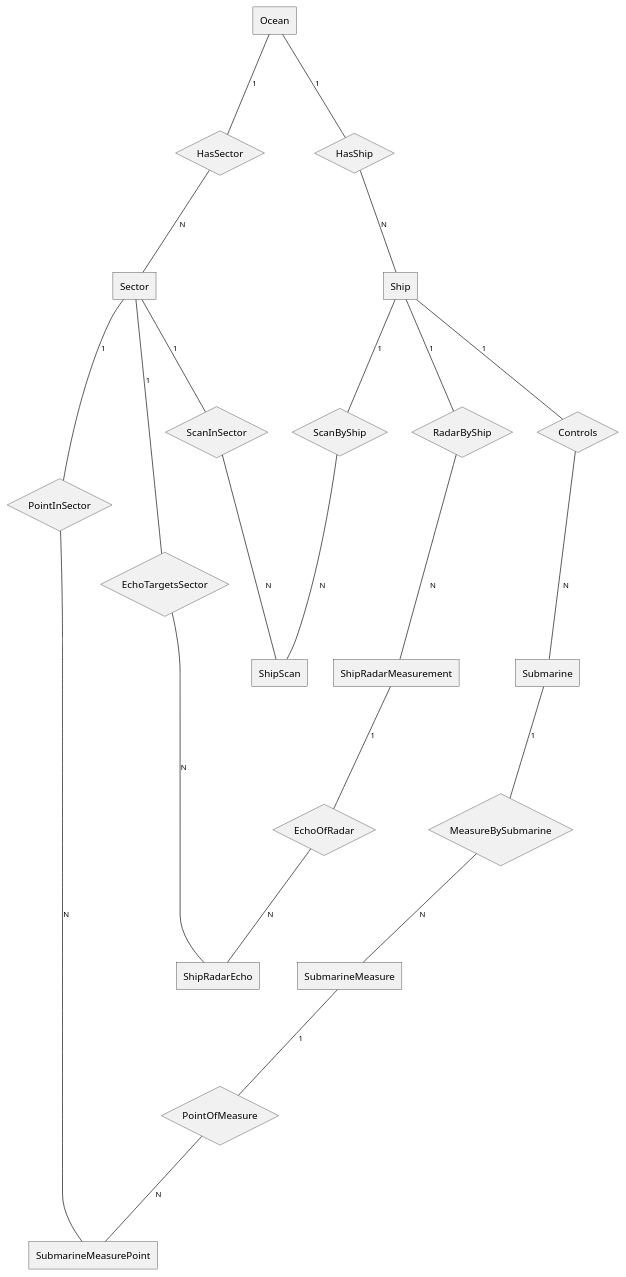
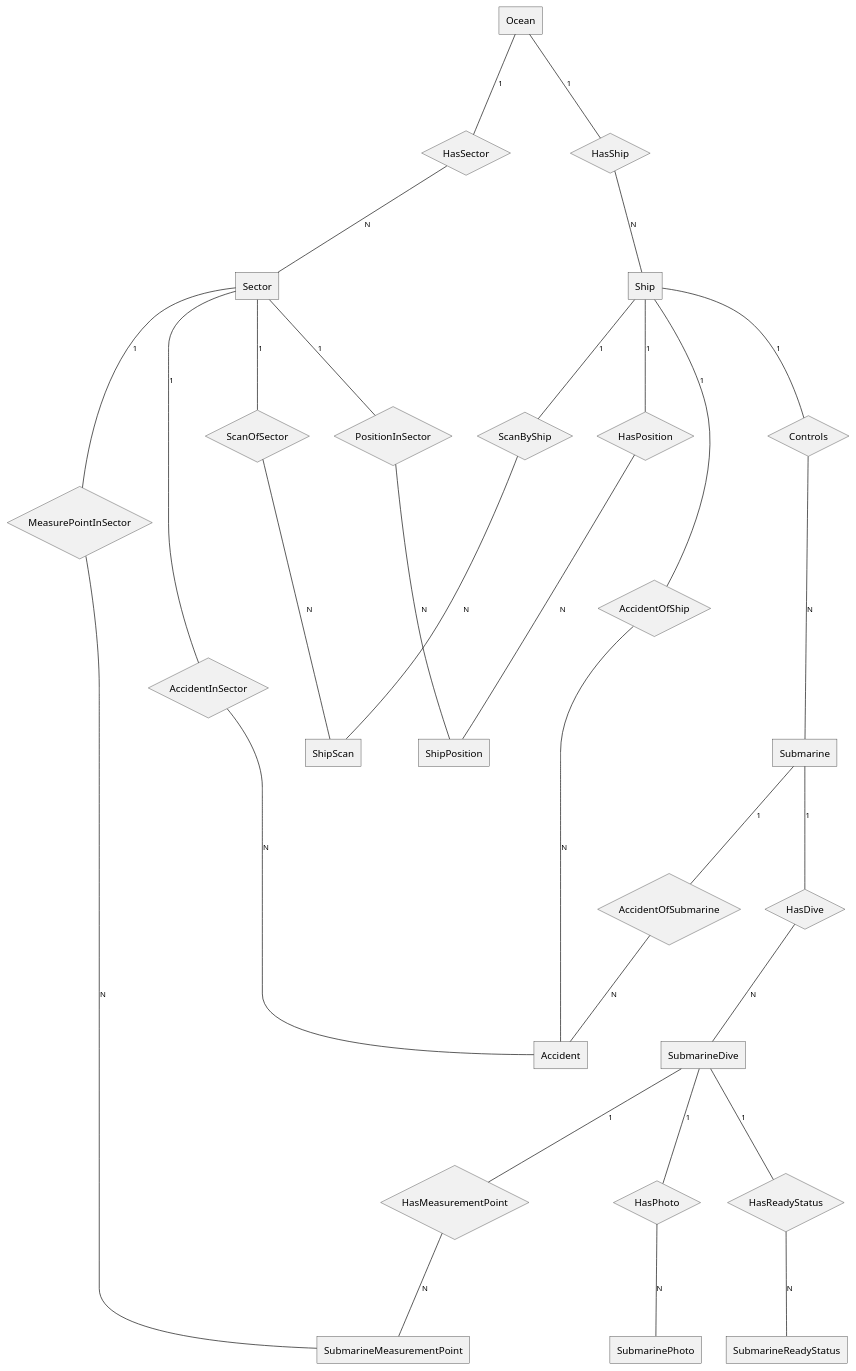
One commit to KirioLerny/Schulprojekt-OceanExplorer changed the diagram in docs/uml/oceanExplorerDatabase_erDiagram.puml. Above: the diagram before and after it, drawn with PlantUML. The commit also changed 9 other files, not shown here.

```diff
--- a/docs/uml/oceanExplorerDatabase_erDiagram.puml
+++ b/docs/uml/oceanExplorerDatabase_erDiagram.puml
@@ -1,84 +1,137 @@
 @startchen
+
+' =========================
+' ENTITIES (persistente Daten)
+' =========================
 
 entity Ocean {
 }
+
 entity Sector {
 }
 
 entity Ship {
 }
+
 entity Submarine {
 }
 
 entity ShipScan {
 }
-entity ShipRadarMeasurement {
-}
-entity ShipRadarEcho {
+
+entity ShipPosition {
 }
 
-entity SubmarineMeasure {
+entity SubmarineDive {
 }
-entity SubmarineMeasurePoint {
+
+entity SubmarineReadyStatus {
 }
+
+entity SubmarineMeasurementPoint {
+}
+
+entity SubmarinePhoto {
+}
+
+entity Accident {
+}
+
+' =========================
+' RELATIONSHIPS
+' =========================
 
 relationship HasSector {
 }
 relationship HasShip {
 }
+
 relationship Controls {
 }
 
 relationship ScanByShip {
 }
-relationship ScanInSector {
+relationship ScanOfSector {
 }
 
-relationship RadarByShip {
+relationship HasPosition {
 }
-relationship EchoOfRadar {
-}
-relationship EchoTargetsSector {
+relationship PositionInSector {
 }
 
-relationship MeasureBySubmarine {
+relationship HasDive {
 }
-relationship PointOfMeasure {
+
+relationship HasReadyStatus {
 }
-relationship PointInSector {
+
+relationship HasMeasurementPoint {
 }
+relationship MeasurePointInSector {
+}
+
+relationship HasPhoto {
+}
+
+relationship AccidentOfShip {
+}
+relationship AccidentOfSubmarine {
+}
+relationship AccidentInSector {
+}
+
+' =========================
+' CARDINALITIES
+' =========================
 
 Ocean -1- HasSector
 HasSector -N- Sector
 
 Ocean -1- HasShip
 HasShip -N- Ship
 
 Ship -1- Controls
 Controls -N- Submarine
+' (fachlich: max. 4 Submarines pro Ship – als Constraint, nicht als Chen-Kardinalität)
 
 Ship -1- ScanByShip
 ScanByShip -N- ShipScan
 
-Sector -1- ScanInSector
-ScanInSector -N- ShipScan
+Sector -1- ScanOfSector
+ScanOfSector -N- ShipScan
 
-Ship -1- RadarByShip
-RadarByShip -N- ShipRadarMeasurement
+Ship -1- HasPosition
+HasPosition -N- ShipPosition
 
-ShipRadarMeasurement -1- EchoOfRadar
-EchoOfRadar -N- ShipRadarEcho
+Sector -1- PositionInSector
+PositionInSector -N- ShipPosition
 
-Sector -1- EchoTargetsSector
-EchoTargetsSector -N- ShipRadarEcho
+Submarine -1- HasDive
+HasDive -N- SubmarineDive
 
-Submarine -1- MeasureBySubmarine
-MeasureBySubmarine -N- SubmarineMeasure
+SubmarineDive -1- HasReadyStatus
+HasReadyStatus -N- SubmarineReadyStatus
 
-SubmarineMeasure -1- PointOfMeasure
-PointOfMeasure -N- SubmarineMeasurePoint
+SubmarineDive -1- HasMeasurementPoint
+HasMeasurementPoint -N- SubmarineMeasurementPoint
 
-Sector -1- PointInSector
-PointInSector -N- SubmarineMeasurePoint
+Sector -1- MeasurePointInSector
+MeasurePointInSector -N- SubmarineMeasurementPoint
+' (Messpunkt hat absolute 3D-Koordinaten; Zuordnung zu Sector ist optional/ableitbar, aber für Abfragen hilfreich)
+
+SubmarineDive -1- HasPhoto
+HasPhoto -N- SubmarinePhoto
+' (Foto: PNG -> Hex-String, Speicherung in DB)
+
+Ship -1- AccidentOfShip
+AccidentOfShip -N- Accident
+' (Unfallpositionen Schiff)
+
+Submarine -1- AccidentOfSubmarine
+AccidentOfSubmarine -N- Accident
+' (Unfallpositionen Submarine)
+
+Sector -1- AccidentInSector
+AccidentInSector -N- Accident
 
 @endchen
```
